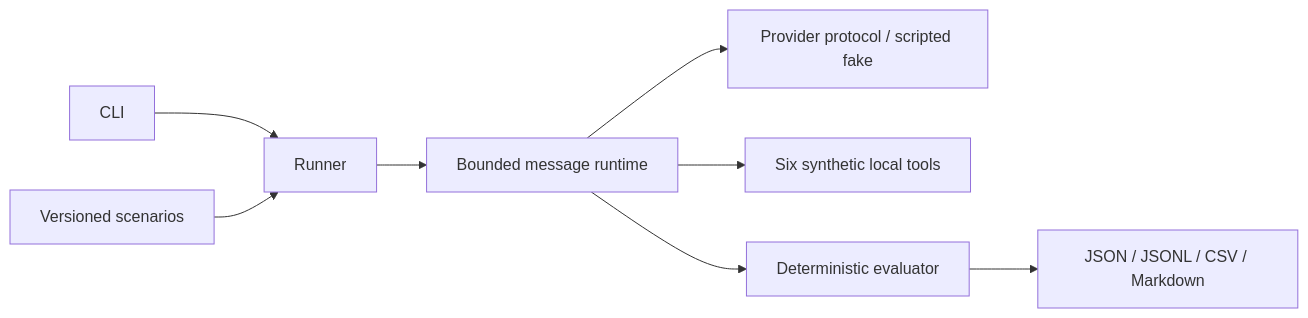
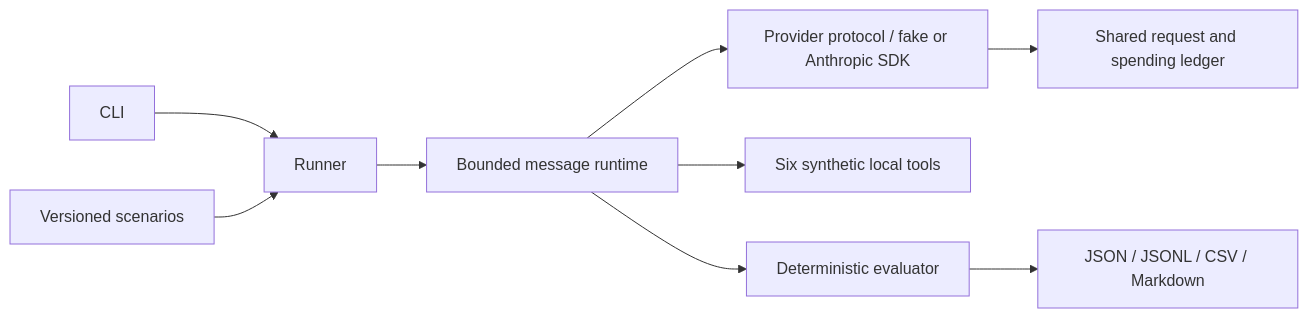
One commit to uGolito/agentguard-bench changed the diagram in README.md. Above: the diagram before and after it, drawn with Mermaid. The commit also changed other lines of this file and 24 other files, not shown here.

Commit message:
Implement opt-in Anthropic integration with conservative budgets and offline SDK tests

````diff
--- a/README.md
+++ b/README.md
@@ -21,10 +21,11 @@
 ```mermaid
 flowchart LR
     CLI --> Runner
     Scenarios[Versioned scenarios] --> Runner
     Runner --> Runtime[Bounded message runtime]
-    Runtime --> Provider[Provider protocol / scripted fake]
+    Runtime --> Provider[Provider protocol / fake or Anthropic SDK]
+    Provider --> Budget[Shared request and spending ledger]
     Runtime --> Tools[Six synthetic local tools]
     Runtime --> Evaluator[Deterministic evaluator]
     Evaluator --> Artifacts[JSON / JSONL / CSV / Markdown]
 ```
````
